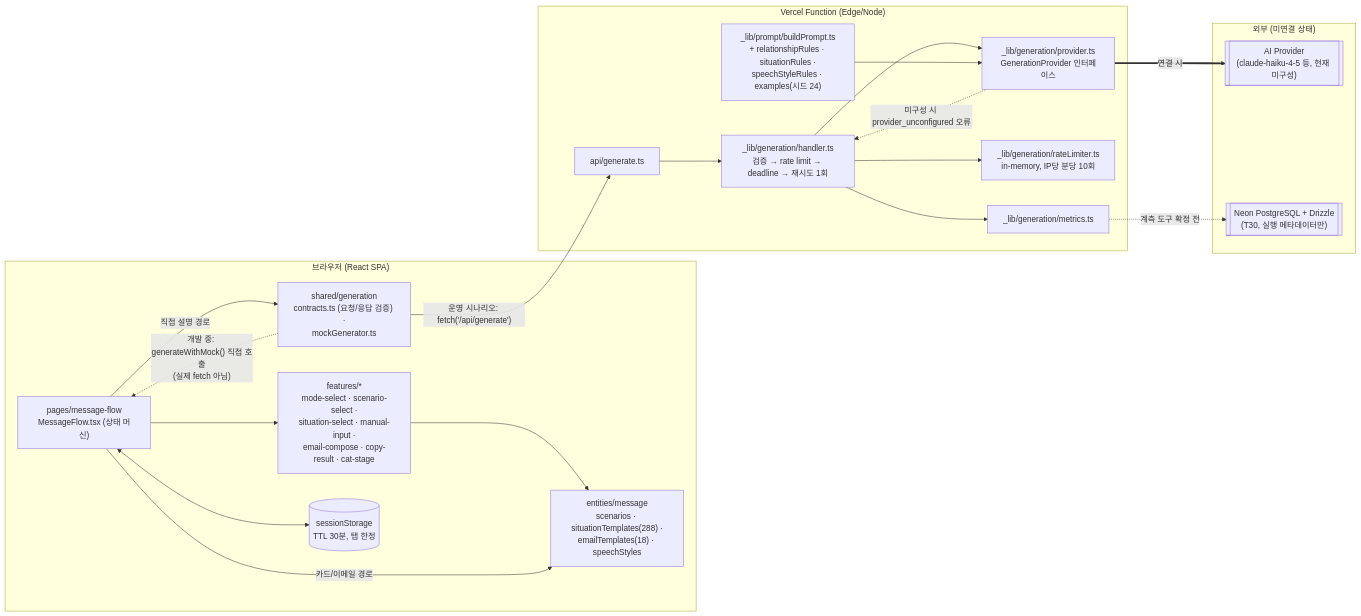
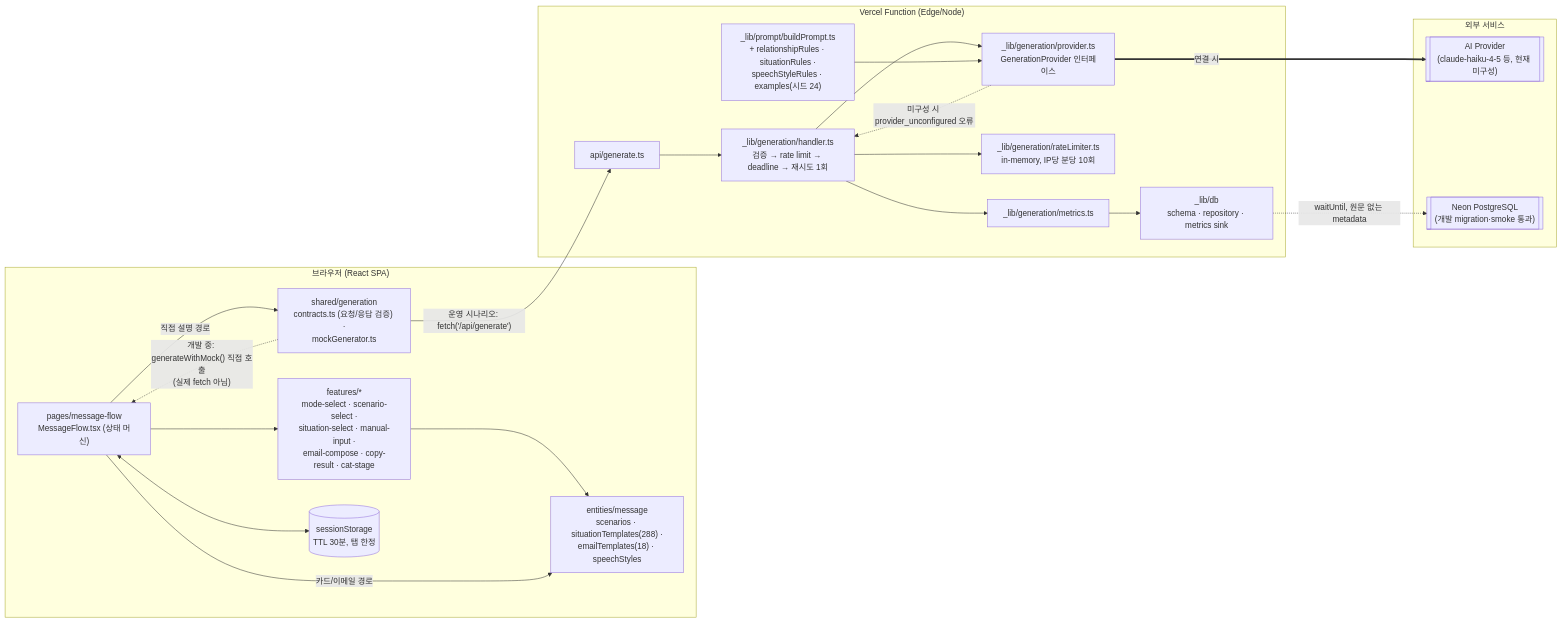
Before and after one commit to Mureung1/hub-showcase: the third of 7 diagrams in docs/ARCHITECTURE_OVERVIEW.md, drawn with Mermaid. The commit also changed other lines of this file and 11 other files, not shown here.

````diff
--- a/docs/ARCHITECTURE_OVERVIEW.md
+++ b/docs/ARCHITECTURE_OVERVIEW.md
@@ -76,40 +76,42 @@
 ```mermaid
 flowchart LR
     subgraph Client["브라우저 (React SPA)"]
         UI["pages/message-flow<br/>MessageFlow.tsx (상태 머신)"]
         Features["features/*<br/>mode-select · scenario-select ·<br/>situation-select · manual-input ·<br/>email-compose · copy-result · cat-stage"]
         Entities["entities/message<br/>scenarios · situationTemplates(288) ·<br/>emailTemplates(18) · speechStyles"]
         Shared["shared/generation<br/>contracts.ts (요청/응답 검증) ·<br/>mockGenerator.ts"]
         Storage[("sessionStorage<br/>TTL 30분, 탭 한정")]
     end
 
     subgraph Server["Vercel Function (Edge/Node)"]
         Api["api/generate.ts"]
         Handler["_lib/generation/handler.ts<br/>검증 → rate limit → deadline → 재시도 1회"]
         Prompt["_lib/prompt/buildPrompt.ts<br/>+ relationshipRules · situationRules ·<br/>speechStyleRules · examples(시드 24)"]
         Provider["_lib/generation/provider.ts<br/>GenerationProvider 인터페이스"]
         RateLimiter["_lib/generation/rateLimiter.ts<br/>in-memory, IP당 분당 10회"]
         Metrics["_lib/generation/metrics.ts"]
+        DataLayer["_lib/db<br/>schema · repository · metrics sink"]
     end
 
-    subgraph External["외부 (미연결 상태)"]
+    subgraph External["외부 서비스"]
         AIProvider[["AI Provider<br/>(claude-haiku-4-5 등, 현재 미구성)"]]
-        DB[["Neon PostgreSQL + Drizzle<br/>(T30, 실행 메타데이터만)"]]
+        DB[["Neon PostgreSQL<br/>(개발 migration·smoke 통과)"]]
     end
 
     UI --> Features
     Features --> Entities
     UI -->|카드/이메일 경로| Entities
     UI -->|직접 설명 경로| Shared
     UI <--> Storage
     Shared -.->|"개발 중: generateWithMock() 직접 호출<br/>(실제 fetch 아님)"| UI
     Shared -->|"운영 시나리오: fetch('/api/generate')"| Api
     Api --> Handler
     Handler --> RateLimiter
     Handler --> Provider
     Provider -.->|미구성 시 provider_unconfigured 오류| Handler
     Provider ==>|연결 시| AIProvider
     Handler --> Metrics
-    Metrics -.->|계측 도구 확정 전| DB
+    Metrics --> DataLayer
+    DataLayer -.->|waitUntil, 원문 없는 metadata| DB
     Prompt --> Provider
 ```
````
